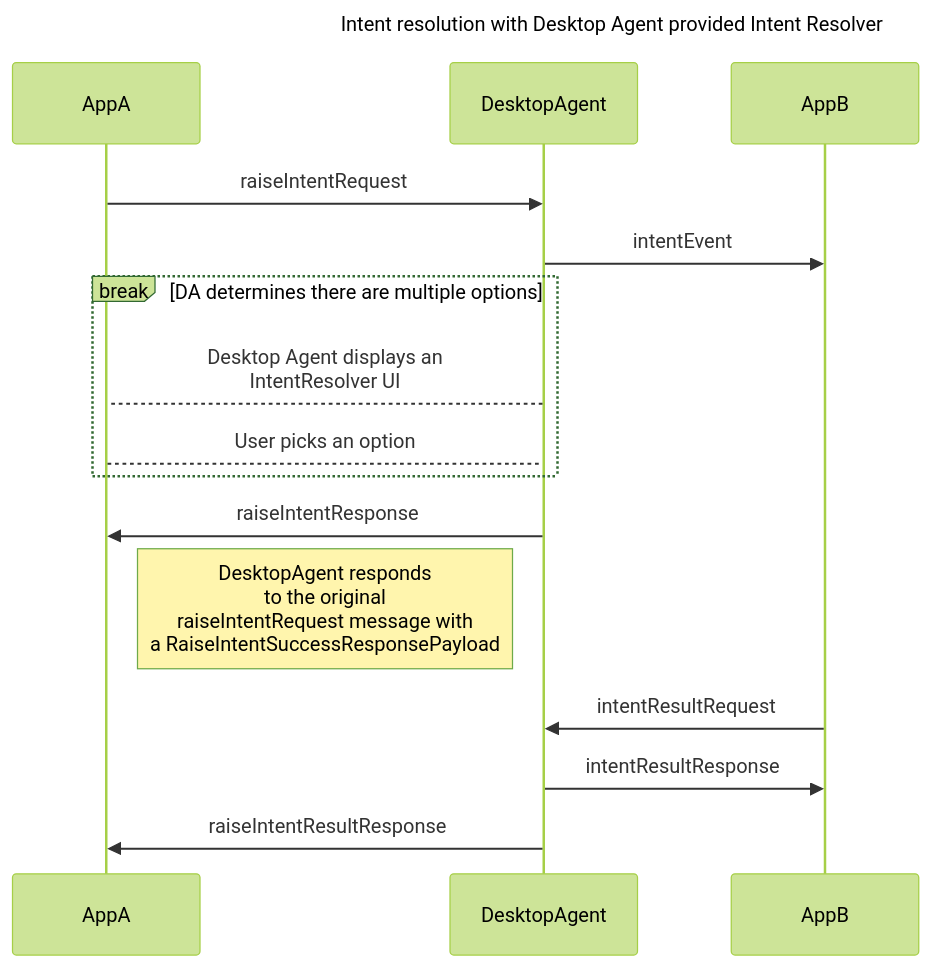
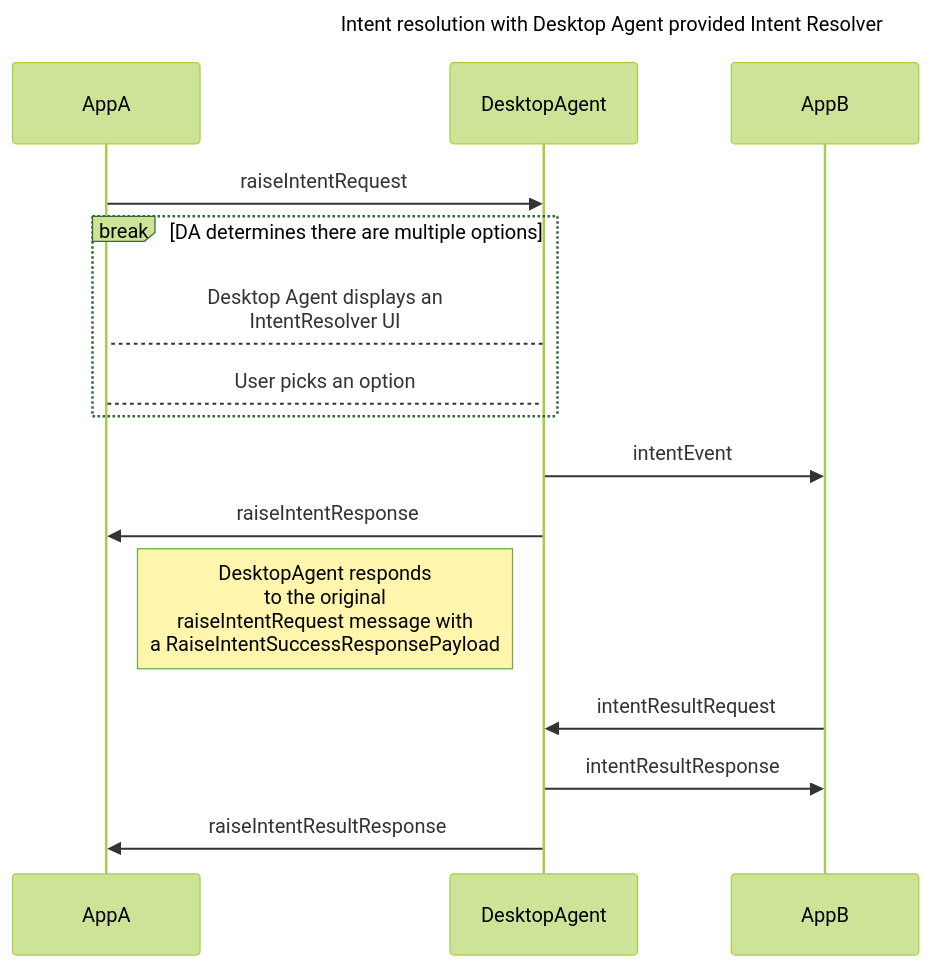
The fifth of 5 diagrams in docs/api/specs/desktopAgentCommunicationProtocol.md (finos/FDC3), drawn with Mermaid (forest theme) before and after one commit. The commit also changed other lines of this file and 3 other files, not shown here.

````diff
--- a/docs/api/specs/desktopAgentCommunicationProtocol.md
+++ b/docs/api/specs/desktopAgentCommunicationProtocol.md
@@ -337,17 +336,17 @@
 ```mermaid
 ---
 title: Intent resolution with Desktop Agent provided Intent Resolver
 ---
 sequenceDiagram
     AppA ->> DesktopAgent: raiseIntentRequest
-    DesktopAgent ->> AppB: intentEvent
     break DA determines there are multiple options
         DesktopAgent-->AppA: Desktop Agent displays an<br/>IntentResolver UI
         AppA-->DesktopAgent: User picks an option
     end
+    DesktopAgent ->> AppB: intentEvent
     DesktopAgent ->> AppA: raiseIntentResponse
     Note left of DesktopAgent: DesktopAgent responds<br/>to the original<br/>raiseIntentRequest message with<br/>a RaiseIntentSuccessResponsePayload
     AppB ->> DesktopAgent: intentResultRequest
     DesktopAgent ->> AppB: intentResultResponse
     DesktopAgent ->> AppA: raiseIntentResultResponse
 ```
````
